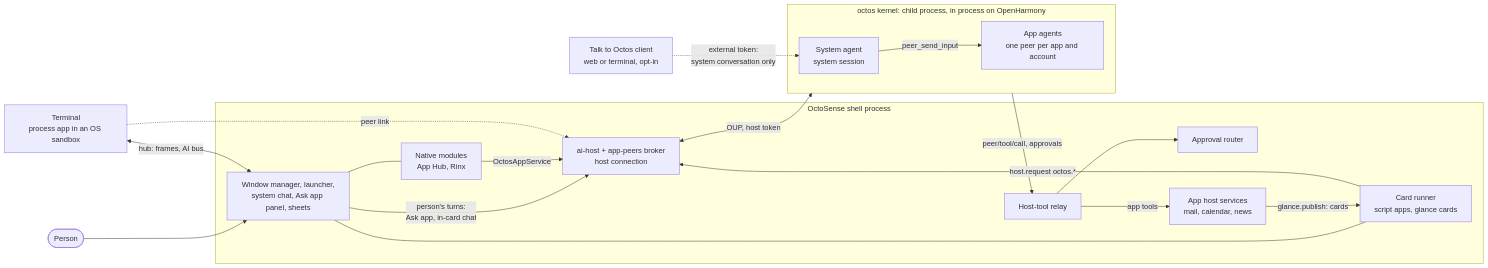
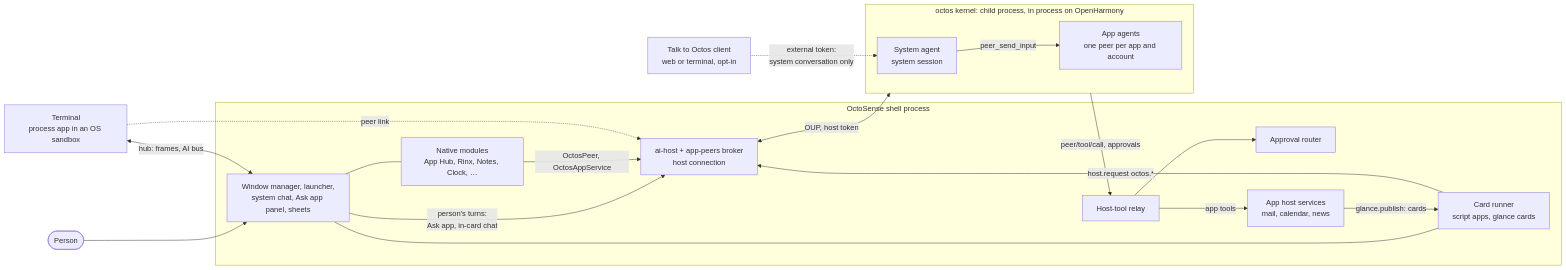
One commit to OctoSense-org/OctoSense changed the first of 4 diagrams in README.md. Above: the diagram before and after it, drawn with Mermaid. The commit also changed other lines of this file and 6 other files, not shown here.

````diff
--- a/README.md
+++ b/README.md
@@ -31,34 +45,34 @@
 ```mermaid
 flowchart LR
   person(["Person"])
   ext["Talk to Octos client<br/>web or terminal, opt-in"]
   subgraph shellp["OctoSense shell process"]
     ui["Window manager, launcher,<br/>system chat, Ask app panel, sheets"]
-    mods["Native modules<br/>App Hub, Rinx"]
+    mods["Native modules<br/>App Hub, Rinx, Notes, Clock, …"]
     runner["Card runner<br/>script apps, glance cards"]
     aihost["ai-host + app-peers broker<br/>host connection"]
     relay["Host-tool relay"]
     router["Approval router"]
     svc["App host services<br/>mail, calendar, news"]
   end
   term["Terminal<br/>process app in an OS sandbox"]
   subgraph kern["octos kernel: child process, in process on OpenHarmony"]
     sys["System agent<br/>system session"]
     peers["App agents<br/>one peer per app and account"]
   end
   person --> ui
   ui --- mods
   ui --- runner
   ui -->|"person's turns:<br/>Ask app, in-card chat"| aihost
-  mods -->|"OctosAppService"| aihost
+  mods -->|"OctosPeer, OctosAppService"| aihost
   runner -->|"host.request octos.*"| aihost
   term <-->|"hub: frames, AI bus"| ui
   term -.->|"peer link"| aihost
   aihost <-->|"OUP, host token"| kern
   sys -->|"peer_send_input"| peers
   kern -->|"peer/tool/call, approvals"| relay
   relay --> router
   relay -->|"app tools"| svc
   svc -->|"glance.publish: cards"| runner
   ext -.->|"external token:<br/>system conversation only"| sys
 ```
````
